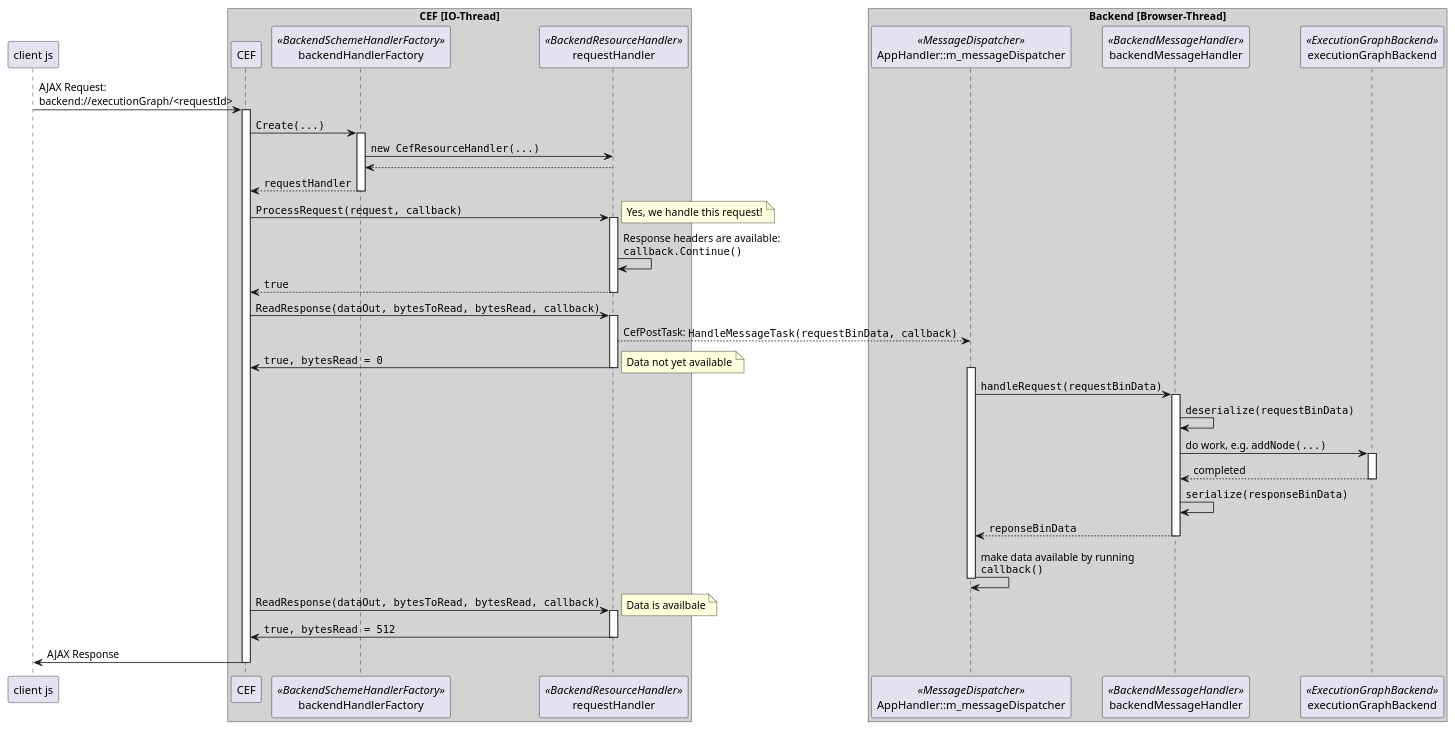
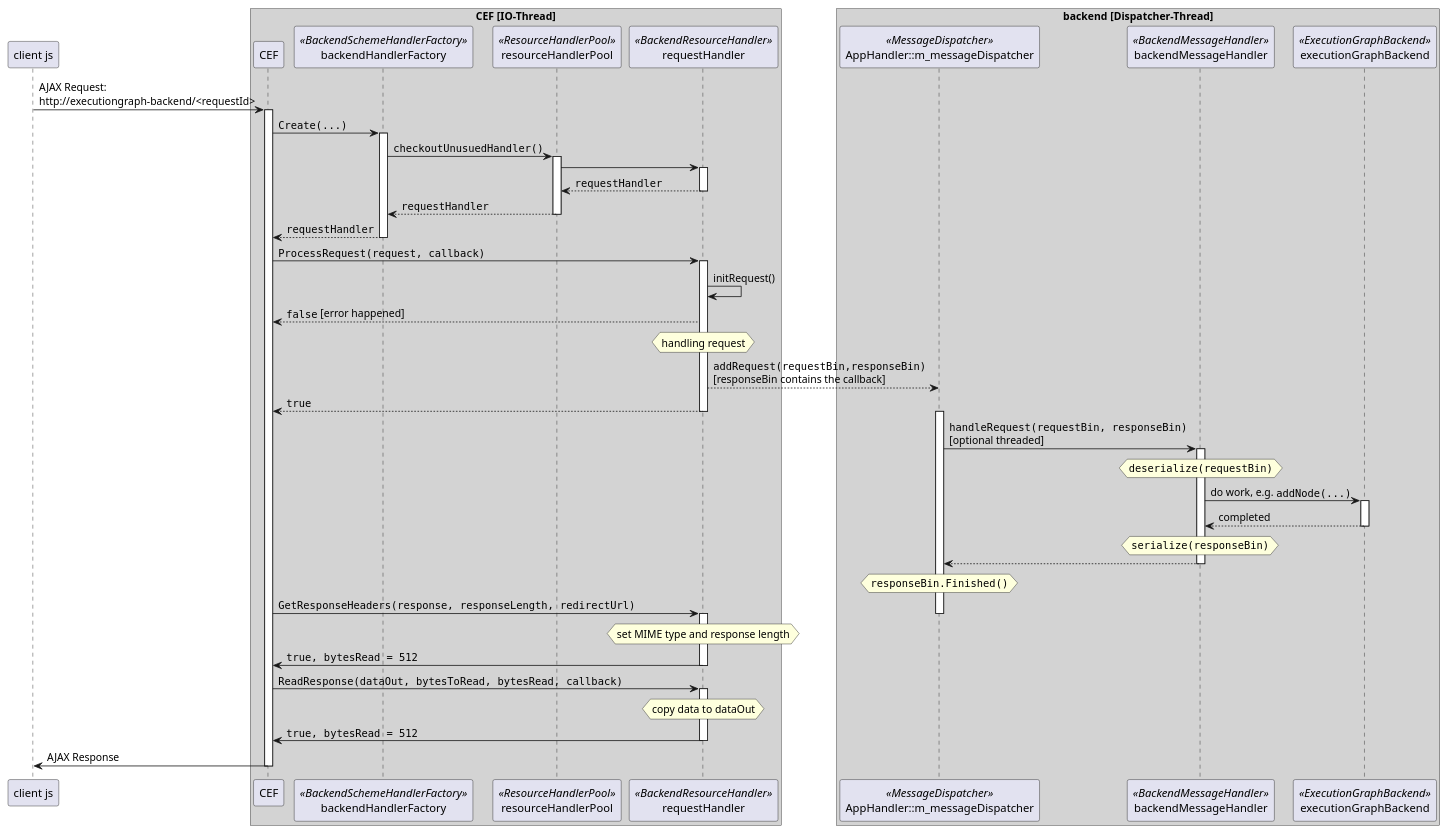
One commit to gabyx/ExecutionGraph changed the diagram in gui/specs/ajax-backend-comm.plantuml. Above: the diagram before and after it, drawn with PlantUML. The commit also changed 11 other files, not shown here.

Commit message:
Added pre-commit plantuml generation, post-commit amend-commit for changed files

```diff
--- a/gui/specs/ajax-backend-comm.plantuml
+++ b/gui/specs/ajax-backend-comm.plantuml
@@ -1,64 +1,72 @@
 @startuml
 participant client as "client js"
 
 box "CEF [IO-Thread]" #LightGrey
 participant CEF
 
 participant backendHandlerFactory << BackendSchemeHandlerFactory >>
+participant resourceHandlerPool << ResourceHandlerPool >>
 participant requestHandler << BackendResourceHandler >>
 end box
 
-box "Backend [Browser-Thread]" #LightGrey
-	participant messageDispatcher as "AppHandler::m_messageDispatcher" <<MessageDispatcher>>
+box "backend [Dispatcher-Thread]" #LightGrey
+    participant messageDispatcher as "AppHandler::m_messageDispatcher" <<MessageDispatcher>>
 	participant backendMessageHandler <<BackendMessageHandler>>
     participant executionGraphBackend <<ExecutionGraphBackend>>
 end box
 
-client -> CEF : AJAX Request:\nbackend://executionGraph/<requestId>
+client -> CEF : AJAX Request:\nhttp://executiongraph-backend/<requestId>
 activate CEF
 
-    CEF -> backendHandlerFactory : ""Create(...)""
+    CEF -> backendHandlerFactory : ""Create(...)"" 
     activate backendHandlerFactory
-        backendHandlerFactory -> requestHandler : ""new CefResourceHandler(...)""
-        backendHandlerFactory <-- requestHandler
-
+        backendHandlerFactory -> resourceHandlerPool : ""checkoutUnusuedHandler()""
+        activate resourceHandlerPool
+        resourceHandlerPool -> requestHandler
+        activate requestHandler
+        resourceHandlerPool <-- requestHandler : ""requestHandler""
+        deactivate requestHandler
+        backendHandlerFactory <-- resourceHandlerPool : ""requestHandler""
+        deactivate resourceHandlerPool
         CEF <-- backendHandlerFactory : ""requestHandler""
     deactivate backendHandlerFactory
 
     CEF -> requestHandler : ""ProcessRequest(request, callback)""
     activate requestHandler
-        note right: Yes, we handle this request!
-        requestHandler -> requestHandler : Response headers are available:\n""callback.Continue()"" 
+        requestHandler -> requestHandler : initRequest()
+        CEF <-- requestHandler : ""false"" [error happened]
+        hnote over requestHandler : handling request
+        requestHandler --> messageDispatcher : ""addRequest(requestBin,responseBin)""\n[responseBin contains the callback]
         CEF <-- requestHandler : ""true""
+    deactivate requestHandler
+
+    
+    activate messageDispatcher
+        messageDispatcher -> backendMessageHandler : ""handleRequest(requestBin, responseBin)""\n[optional threaded]
+        activate backendMessageHandler
+            hnote over backendMessageHandler: ""deserialize(requestBin)""
+            backendMessageHandler -> executionGraphBackend : do work, e.g. ""addNode(...)""
+            activate executionGraphBackend
+                backendMessageHandler <-- executionGraphBackend : completed
+            deactivate executionGraphBackend
+            hnote over backendMessageHandler: ""serialize(responseBin)""
+            messageDispatcher <-- backendMessageHandler
+        deactivate backendMessageHandler
+    hnote over messageDispatcher: ""responseBin.Finished()""
+
+    CEF -> requestHandler : ""GetResponseHeaders(response, responseLength, redirectUrl)""
+    deactivate messageDispatcher 
+    activate requestHandler
+        hnote over requestHandler: set MIME type and response length
+        CEF <- requestHandler : ""true, bytesRead = 512""
     deactivate requestHandler
 
     CEF -> requestHandler : ""ReadResponse(dataOut, bytesToRead, bytesRead, callback)""
     activate requestHandler
-        requestHandler --> messageDispatcher : CefPostTask: ""HandleMessageTask(requestBinData, callback)"" 
-        CEF <- requestHandler : ""true, bytesRead = 0""
-        note right: Data not yet available
-    deactivate requestHandler
-
-    activate messageDispatcher
-    messageDispatcher -> backendMessageHandler : ""handleRequest(requestBinData)""
-        activate backendMessageHandler
-            backendMessageHandler -> backendMessageHandler : ""deserialize(requestBinData)""
-            backendMessageHandler -> executionGraphBackend : do work, e.g. ""addNode(...)""
-            activate executionGraphBackend
-                backendMessageHandler <-- executionGraphBackend : completed
-            deactivate executionGraphBackend
-            backendMessageHandler -> backendMessageHandler : ""serialize(responseBinData)""
-            messageDispatcher <-- backendMessageHandler : ""reponseBinData""
-        deactivate backendMessageHandler
-    messageDispatcher -> messageDispatcher : make data available by running\n""callback()""
-    deactivate messageDispatcher
-
-    CEF -> requestHandler : ""ReadResponse(dataOut, bytesToRead, bytesRead, callback)""
-    activate requestHandler
-         note right: Data is availbale
+        hnote over requestHandler: copy data to dataOut
         CEF <- requestHandler : ""true, bytesRead = 512""
     deactivate requestHandler
 
     CEF -> client : AJAX Response
 deactivate CEF
 @enduml
```
